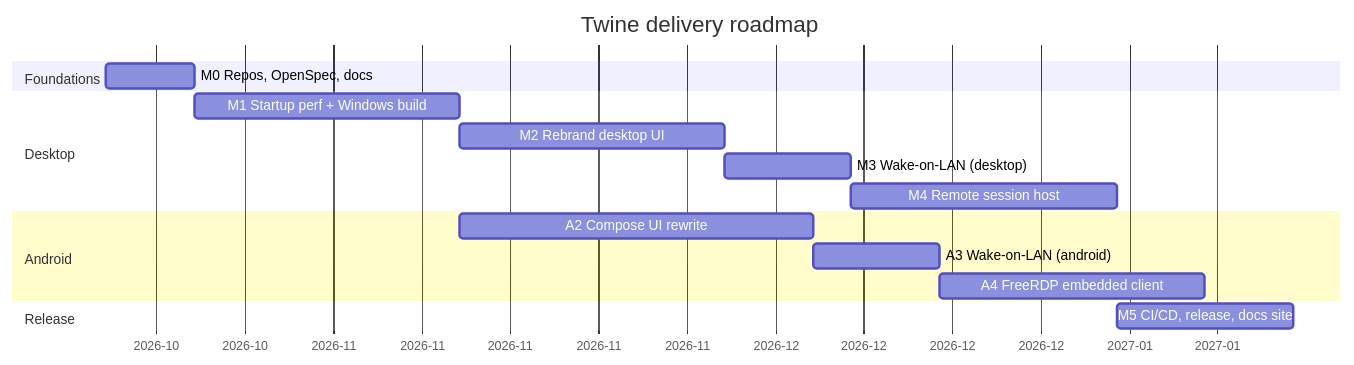
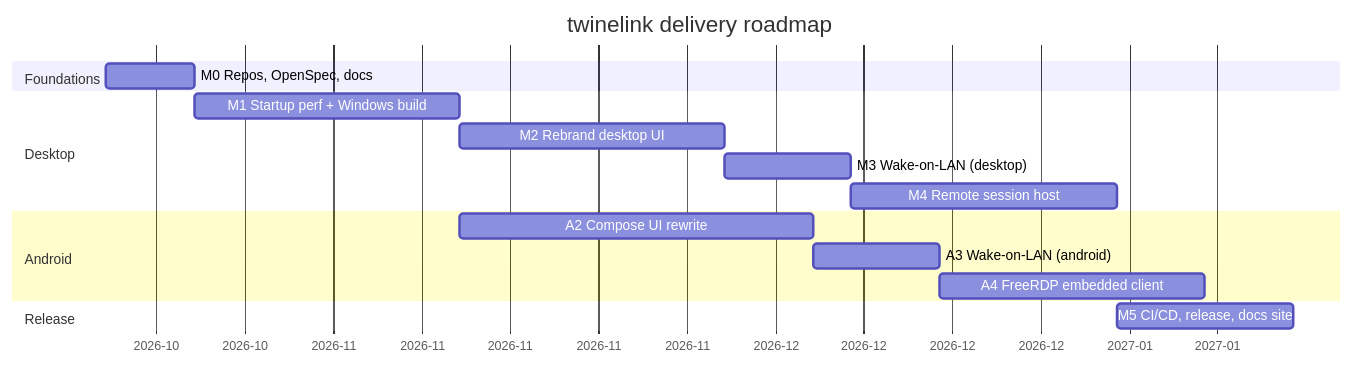
The diagram in docs/plan/roadmap.md (marcelofrau/twinelink-docs), drawn with Mermaid before and after one commit. The commit also changed other lines of this file and 16 other files, not shown here.

````diff
--- a/docs/plan/roadmap.md
+++ b/docs/plan/roadmap.md
@@ -7,19 +7,19 @@
 ```mermaid
 gantt
-  title Twine delivery roadmap
+  title twinelink delivery roadmap
   dateFormat YYYY-MM-DD
   axisFormat %Y-%m
   section Foundations
   M0 Repos, OpenSpec, docs      :m0, 2026-10-14, 7d
   section Desktop
   M1 Startup perf + Windows build :m1, after m0, 21d
   M2 Rebrand desktop UI           :m2, after m1, 21d
   M3 Wake-on-LAN (desktop)        :m3, after m2, 10d
   M4 Remote session host          :m4, after m3, 21d
   section Android
   A2 Compose UI rewrite           :a2, after m1, 28d
   A3 Wake-on-LAN (android)        :a3, after a2, 10d
   A4 FreeRDP embedded client      :a4, after a3, 21d
   section Release
   M5 CI/CD, release, docs site    :m5, after m4, 14d
 ```
````
